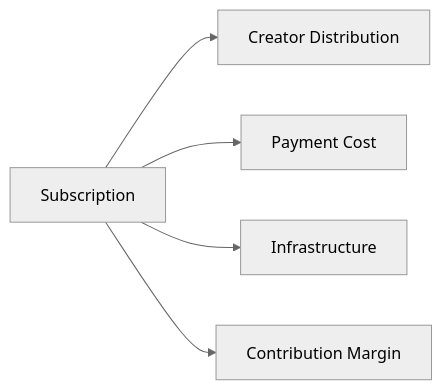
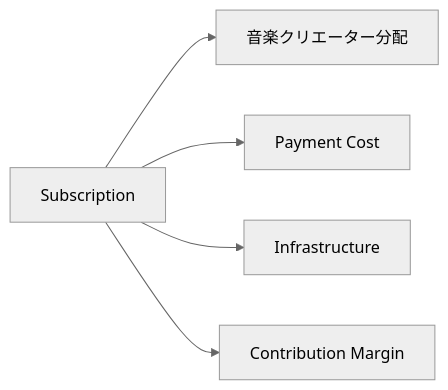
Diagram 23 of 47 in docs/whitepaper/12-infrastructure-cost.md (ShigeichiroYamasaki/creator-first-platform), drawn with Mermaid (neutral theme) before and after one commit. The commit also changed other lines of this file and 67 other files, not shown here.

````diff
--- a/docs/whitepaper/12-infrastructure-cost.md
+++ b/docs/whitepaper/12-infrastructure-cost.md
@@ -1032,13 +1032,13 @@
 ```mermaid
 flowchart LR
     PRICE[Subscription]
-    CREATOR[Creator Distribution]
+    CREATOR[音楽クリエーター分配]
     PAYMENT[Payment Cost]
     INFRA[Infrastructure]
     MARGIN[Contribution Margin]
 
     PRICE --> CREATOR
     PRICE --> PAYMENT
     PRICE --> INFRA
     PRICE --> MARGIN
 ```
````
